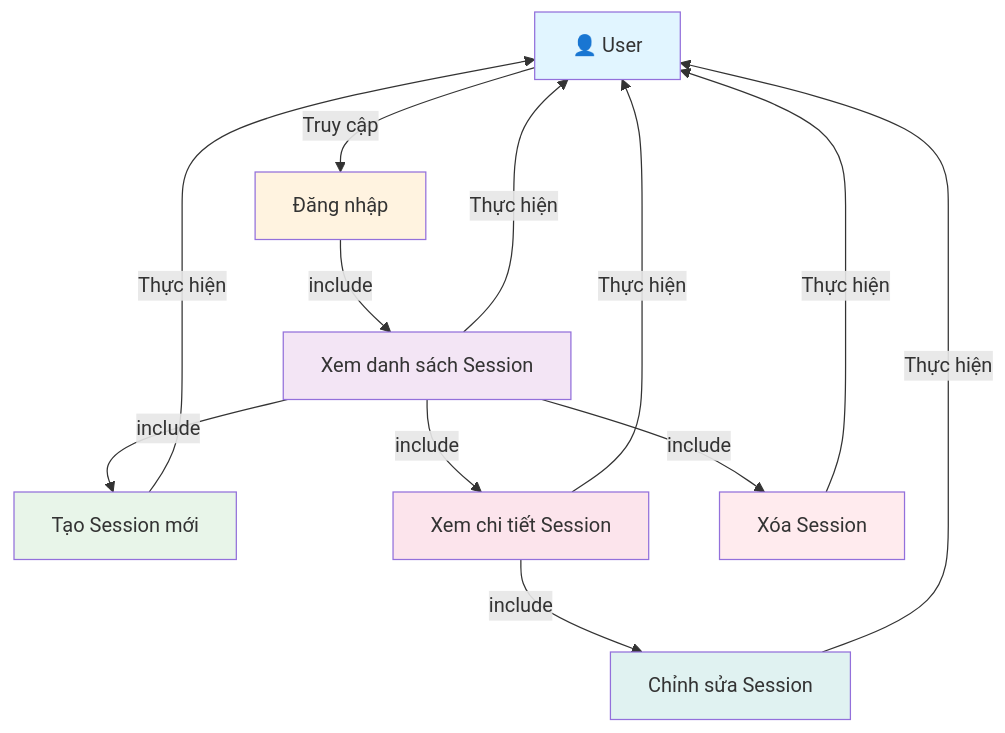
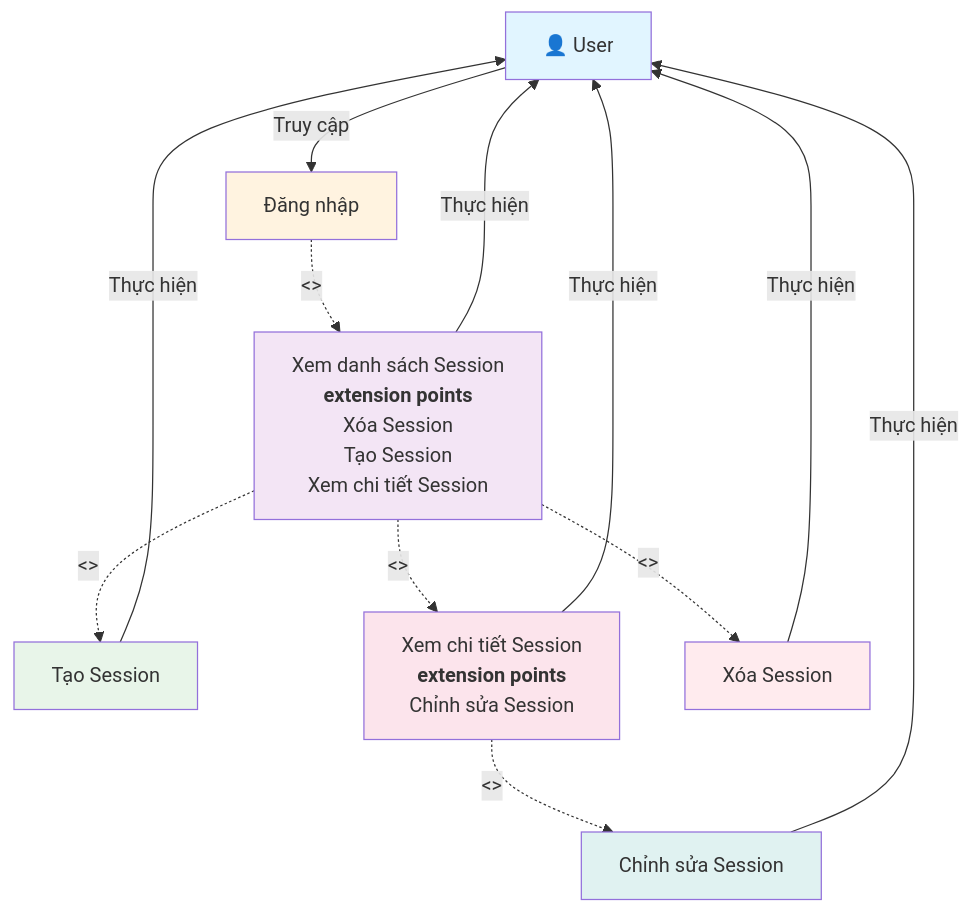
Before and after one commit to mduc-2610/gp_doc: the diagram in session/1_session_management_usecase.md, drawn with Mermaid. The commit also changed other lines of this file and 11 other files, not shown here.

````diff
--- a/session/1_session_management_usecase.md
+++ b/session/1_session_management_usecase.md
@@ -3,35 +3,35 @@
 ```mermaid
 graph TB
     Actor["👤 User"]
     
     Login["Đăng nhập"]
-    ListSessions["Xem danh sách Session"]
-    CreateSession["Tạo Session mới"]
-    ViewSessionDetail["Xem chi tiết Session"]
+    ListSessions["Xem danh sách Session<br/><b>extension points</b><br/>Xóa Session<br/>Tạo Session<br/>Xem chi tiết Session"]
+    CreateSession["Tạo Session"]
+    ViewSessionDetail["Xem chi tiết Session<br/><b>extension points</b><br/>Chỉnh sửa Session"]
     EditSession["Chỉnh sửa Session"]
     DeleteSession["Xóa Session"]
     
     Actor -->|Truy cập| Login
-    Login -->|include| ListSessions
+    Login -.->|<<Include>>| ListSessions
     ListSessions -->|Thực hiện| Actor
     
-    ListSessions -->|include| CreateSession
+    ListSessions -.->|<<Extend>>| CreateSession
     CreateSession -->|Thực hiện| Actor
     
-    ListSessions -->|include| ViewSessionDetail
+    ListSessions -.->|<<Extend>>| ViewSessionDetail
     ViewSessionDetail -->|Thực hiện| Actor
     
-    ViewSessionDetail -->|include| EditSession
+    ViewSessionDetail -.->|<<Extend>>| EditSession
     EditSession -->|Thực hiện| Actor
     
-    ListSessions -->|include| DeleteSession
+    ListSessions -.->|<<Extend>>| DeleteSession
     DeleteSession -->|Thực hiện| Actor
     
     style Actor fill:#e1f5ff
     style Login fill:#fff3e0
     style ListSessions fill:#f3e5f5
     style CreateSession fill:#e8f5e9
     style ViewSessionDetail fill:#fce4ec
     style EditSession fill:#e0f2f1
     style DeleteSession fill:#ffebee
 ```
````
